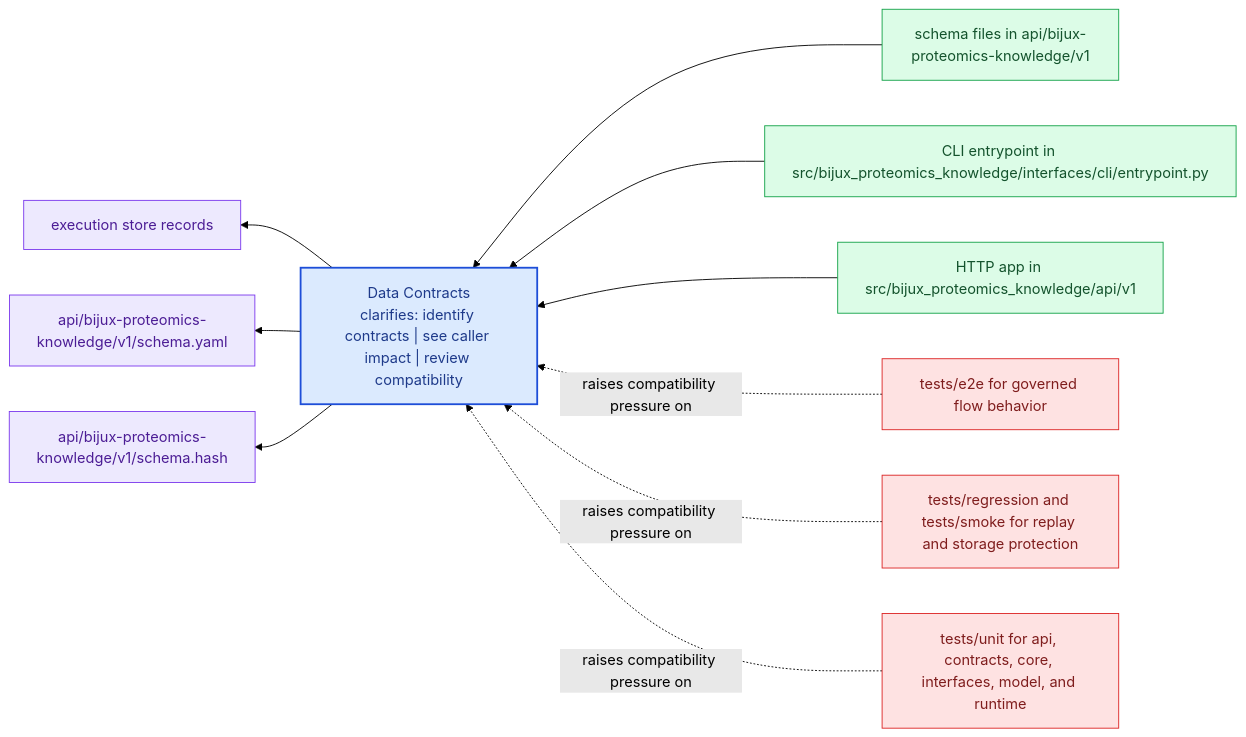
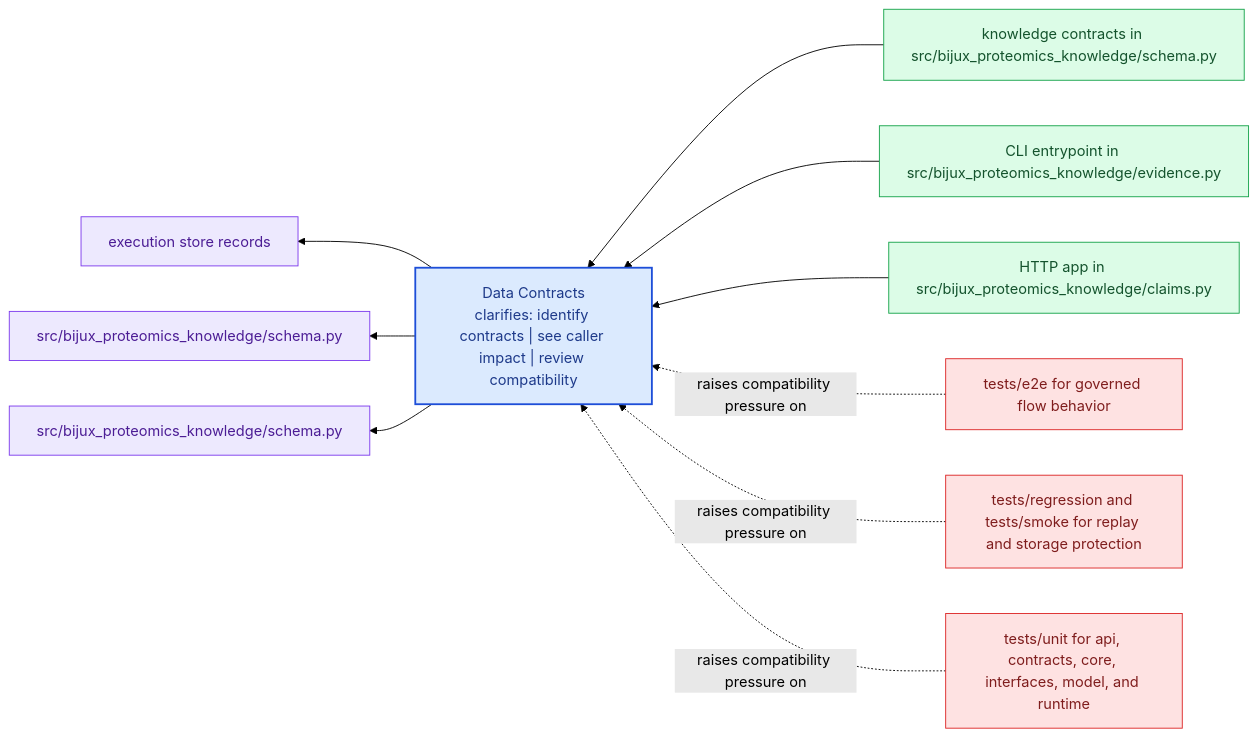
Before and after one commit to bijux/bijux-proteomics: the diagram in docs/bijux-proteomics-knowledge/interfaces/data-contracts.md, drawn with Mermaid (forest theme). The commit also changed other lines of this file and 24 other files, not shown here.

Commit message:
docs(bijux-proteomics-knowledge): align handbook with evidence and claim system boundaries

````diff
--- a/docs/bijux-proteomics-knowledge/interfaces/data-contracts.md
+++ b/docs/bijux-proteomics-knowledge/interfaces/data-contracts.md
@@ -23,31 +23,31 @@
 ```mermaid
 flowchart RL
     page["Data Contracts<br/>clarifies: identify contracts | see caller impact | review compatibility"]
     classDef page fill:#dbeafe,stroke:#1d4ed8,color:#1e3a8a,stroke-width:2px;
     classDef positive fill:#dcfce7,stroke:#16a34a,color:#14532d;
     classDef caution fill:#fee2e2,stroke:#dc2626,color:#7f1d1d;
     classDef anchor fill:#ede9fe,stroke:#7c3aed,color:#4c1d95;
     classDef action fill:#fef3c7,stroke:#d97706,color:#7c2d12;
-    surface1["schema files in api/bijux-proteomics-knowledge/v1"]
+    surface1["knowledge contracts in src/bijux_proteomics_knowledge/schema.py"]
     surface1 --> page
-    surface2["CLI entrypoint in src/bijux_proteomics_knowledge/interfaces/cli/entrypoint.py"]
+    surface2["CLI entrypoint in src/bijux_proteomics_knowledge/evidence.py"]
     surface2 --> page
-    surface3["HTTP app in src/bijux_proteomics_knowledge/api/v1"]
+    surface3["HTTP app in src/bijux_proteomics_knowledge/claims.py"]
     surface3 --> page
     proof1["execution store records"]
     page --> proof1
-    proof2["api/bijux-proteomics-knowledge/v1/schema.yaml"]
+    proof2["src/bijux_proteomics_knowledge/schema.py"]
     page --> proof2
-    proof3["api/bijux-proteomics-knowledge/v1/schema.hash"]
+    proof3["src/bijux_proteomics_knowledge/schema.py"]
     page --> proof3
     review1["tests/e2e for governed flow behavior"]
     review1 -.raises compatibility pressure on.-> page
     review2["tests/regression and tests/smoke for replay and storage protection"]
     review2 -.raises compatibility pressure on.-> page
     review3["tests/unit for api, contracts, core, interfaces, model, and runtime"]
     review3 -.raises compatibility pressure on.-> page
     class page page;
     class surface1,surface2,surface3 positive;
     class proof1,proof2,proof3 anchor;
     class review1,review2,review3 caution;
 ```
````
